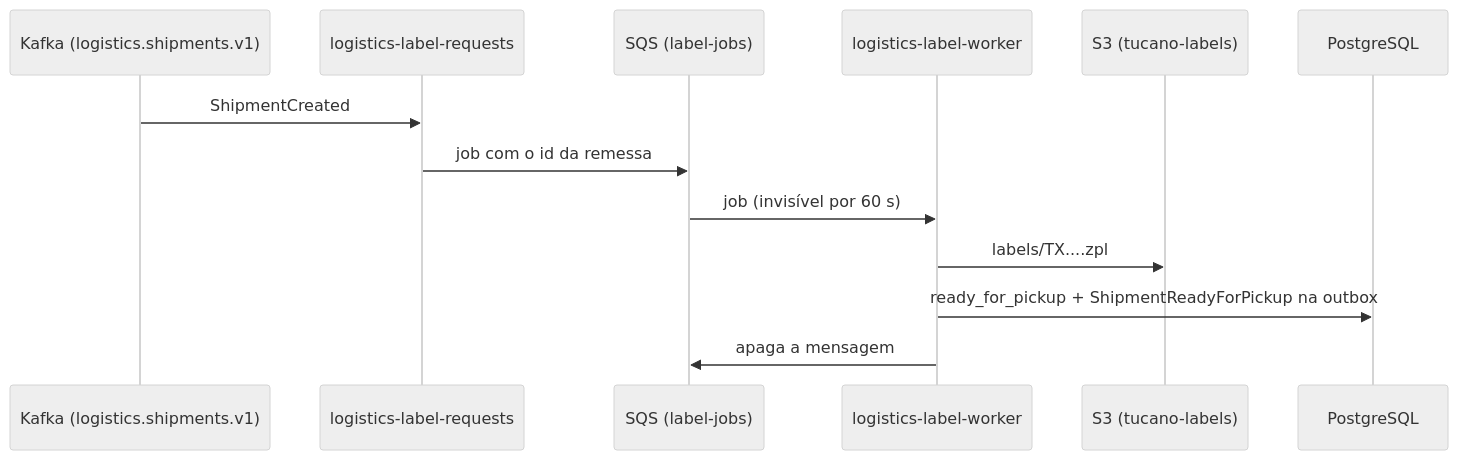
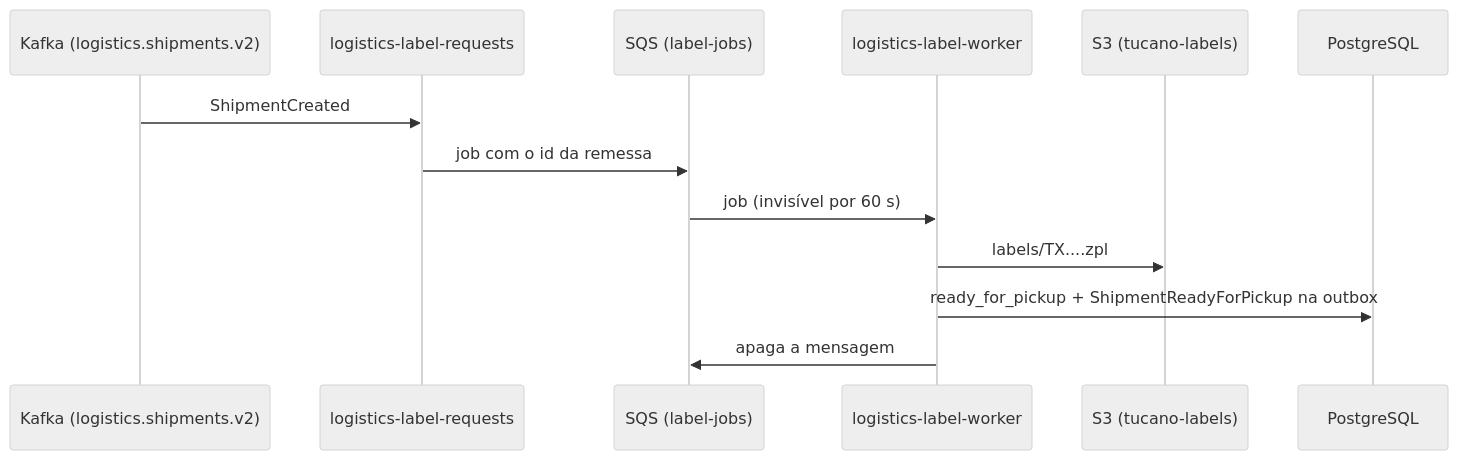
Before and after one commit to flaviotinococoutinho/Tucano_vibe_chaos: the fourth of 4 diagrams in services/logistics/README.md, drawn with Mermaid (neutral theme). The commit also changed other lines of this file and 12 other files, not shown here.

````diff
--- a/services/logistics/README.md
+++ b/services/logistics/README.md
@@ -135,15 +135,15 @@
 ```mermaid
 sequenceDiagram
-  participant K as Kafka (logistics.shipments.v1)
+  participant K as Kafka (logistics.shipments.v2)
   participant R as logistics-label-requests
   participant Q as SQS (label-jobs)
   participant W as logistics-label-worker
   participant S as S3 (tucano-labels)
   participant P as PostgreSQL
   K->>R: ShipmentCreated
   R->>Q: job com o id da remessa
   Q->>W: job (invisível por 60 s)
   W->>S: labels/TX....zpl
   W->>P: ready_for_pickup + ShipmentReadyForPickup na outbox
   W->>Q: apaga a mensagem
 ```
````
